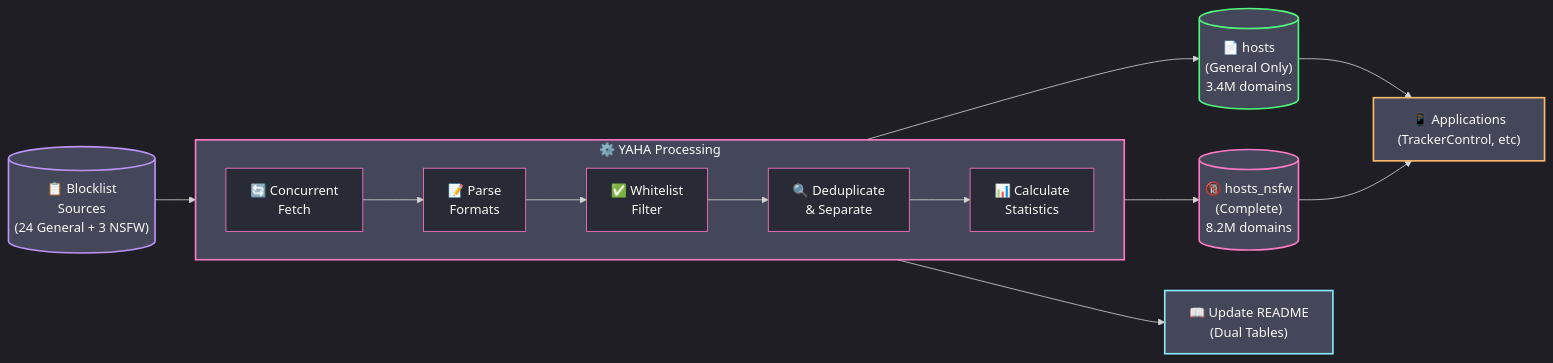
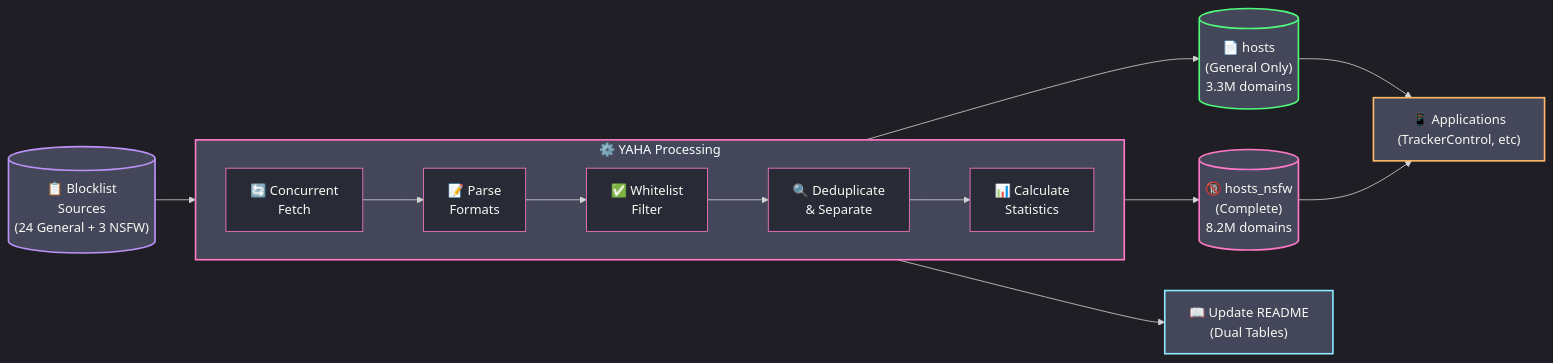
Before and after one commit to scottdraper8/yaha: the diagram in README.md, drawn with Mermaid. The commit also changed other lines of this file, not shown here.

Commit message:
Update blocklist stats: 3339953 general / 8158624 with NSFW [automated]

````diff
--- a/README.md
+++ b/README.md
@@ -42,36 +42,36 @@
 ```mermaid
 %%{init: {'theme': 'dark', 'themeVariables': {
     'primaryColor': '#ff79c6',
     'secondaryColor': '#bd93f9',
     'tertiaryColor': '#44475a',
     'mainBkg': '#282a36',
     'nodeBorder': '#ff79c6',
     'clusterBkg': '#44475a',
     'clusterBorder': '#bd93f9',
     'textColor': '#f8f8f2'
 }}}%%
 flowchart LR
     Sources[("📋 Blocklist<br/>Sources<br/>(24 General + 3 NSFW)")] --> Fetch
 
     subgraph Process["⚙️ YAHA Processing"]
         direction LR
         Fetch["🔄 Concurrent<br/>Fetch"] --> Parse["📝 Parse<br/>Formats"]
         Parse --> Filter["✅ Whitelist<br/>Filter"]
         Filter --> Dedupe["🔍 Deduplicate<br/>& Separate"]
         Dedupe --> Stats["📊 Calculate<br/>Statistics"]
     end
 
-    Stats --> Output1[("📄 hosts<br/>(General Only)<br/>3.4M domains")]
+    Stats --> Output1[("📄 hosts<br/>(General Only)<br/>3.3M domains")]
     Stats --> Output2[("🔞 hosts_nsfw<br/>(Complete)<br/>8.2M domains")]
     Stats --> README["📖 Update README<br/>(Dual Tables)"]
 
     Output1 --> Apps["📱 Applications<br/>(TrackerControl, etc)"]
     Output2 --> Apps
 
     style Sources fill:#44475a,stroke:#bd93f9,stroke-width:2px
     style Process fill:#44475a,stroke:#ff79c6,stroke-width:2px
     style Output1 fill:#44475a,stroke:#50fa7b,stroke-width:2px
     style Output2 fill:#44475a,stroke:#ff79c6,stroke-width:2px
     style README fill:#44475a,stroke:#8be9fd,stroke-width:2px
     style Apps fill:#44475a,stroke:#ffb86c,stroke-width:2px
 ```
````
